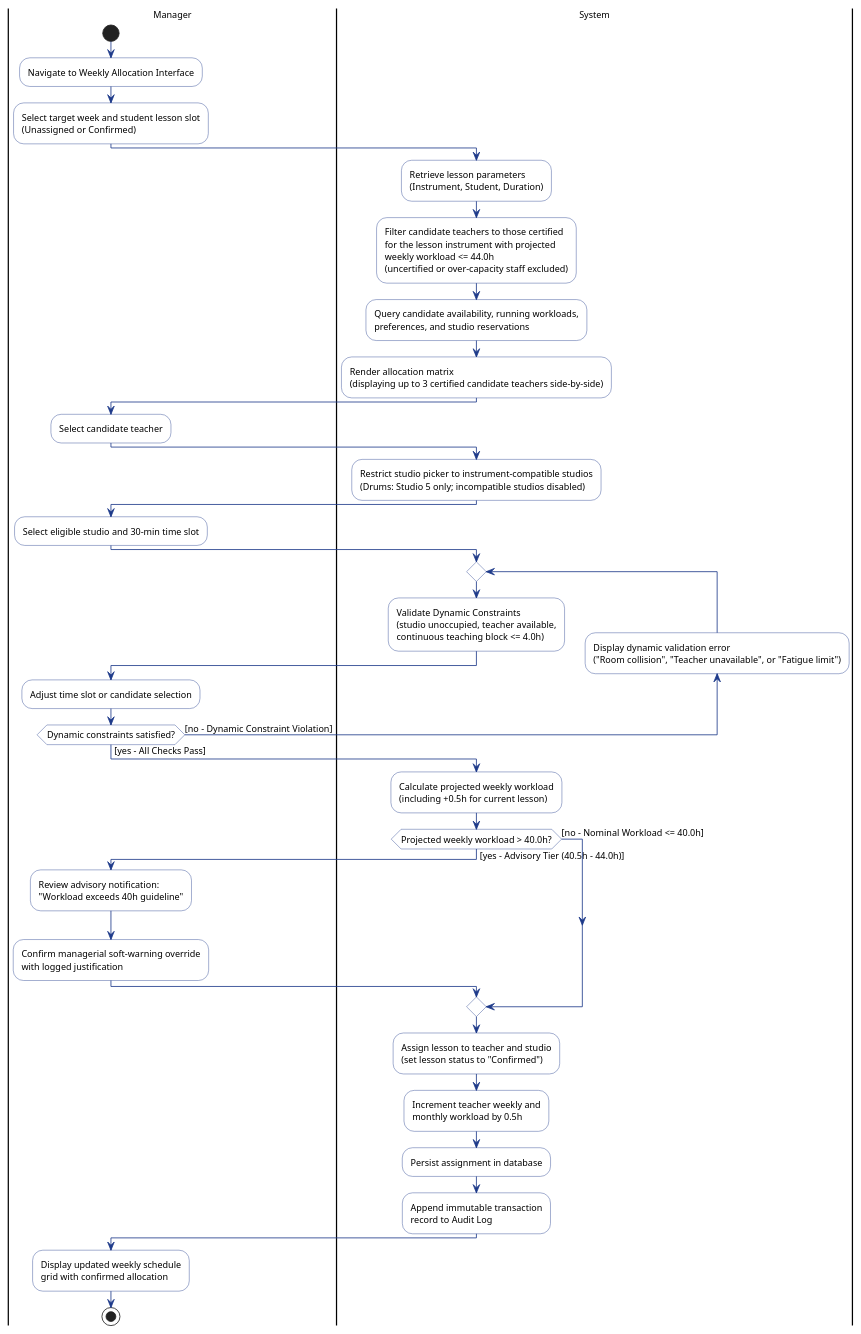
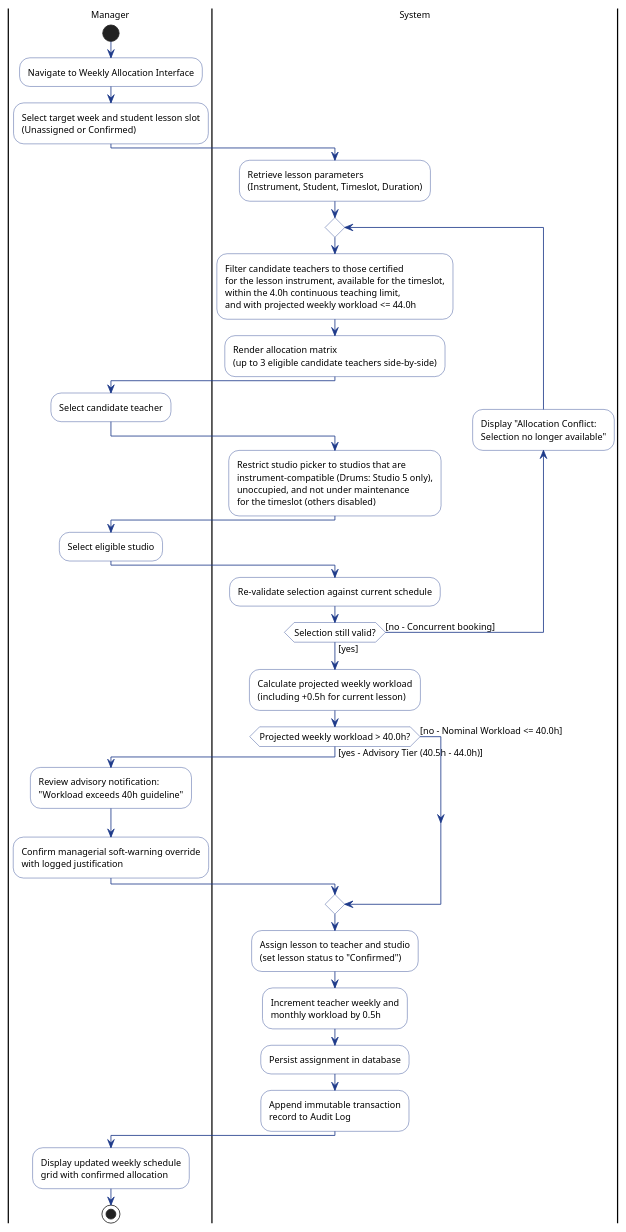
One commit to adoreblvnk/2001temp changed the diagram in report/assets/activity_allocation.puml. Above: the diagram before and after it, drawn with PlantUML. The commit also changed 3 other files, not shown here.

First line of the commit message:
fix(uc-02): move availability, fatigue and studio checks into upfront filtering

```diff
--- a/report/assets/activity_allocation.puml
+++ b/report/assets/activity_allocation.puml
@@ -1,80 +1,77 @@
 @startuml activity_allocation
 skinparam defaultFontName "Helvetica", "Arial", sans-serif
 skinparam defaultFontSize 11
 skinparam ranksep 40
 skinparam nodesep 30
 skinparam activity {
     BackgroundColor #FFFFFF
     BorderColor #1E3A8A
     ArrowColor #1E3A8A
     DiamondBorderColor #1E3A8A
     DiamondBackgroundColor #FFFFFF
 }
 
 |Manager|
 start
 :Navigate to Weekly Allocation Interface;
 :Select target week and student lesson slot
 (Unassigned or Confirmed);
 
 |System|
 :Retrieve lesson parameters
-(Instrument, Student, Duration);
+(Instrument, Student, Timeslot, Duration);
 
-:Filter candidate teachers to those certified
-for the lesson instrument with projected
-weekly workload <= 44.0h
-(uncertified or over-capacity staff excluded);
-:Query candidate availability, running workloads,
-preferences, and studio reservations;
-:Render allocation matrix
-(displaying up to 3 certified candidate teachers side-by-side);
+repeat
+    |System|
+    :Filter candidate teachers to those certified
+    for the lesson instrument, available for the timeslot,
+    within the 4.0h continuous teaching limit,
+    and with projected weekly workload <= 44.0h;
+    :Render allocation matrix
+    (up to 3 eligible candidate teachers side-by-side);
 
-|Manager|
-:Select candidate teacher;
+    |Manager|
+    :Select candidate teacher;
 
-|System|
-:Restrict studio picker to instrument-compatible studios
-(Drums: Studio 5 only; incompatible studios disabled);
+    |System|
+    :Restrict studio picker to studios that are
+    instrument-compatible (Drums: Studio 5 only),
+    unoccupied, and not under maintenance
+    for the timeslot (others disabled);
 
-|Manager|
-:Select eligible studio and 30-min time slot;
+    |Manager|
+    :Select eligible studio;
 
-|System|
-repeat
-    :Validate Dynamic Constraints
-    (studio unoccupied, teacher available,
-    continuous teaching block <= 4.0h);
-    backward:Display dynamic validation error
-    ("Room collision", "Teacher unavailable", or "Fatigue limit");
-    |Manager|
-    :Adjust time slot or candidate selection;
-repeat while (Dynamic constraints satisfied?) is ([no - Dynamic Constraint Violation]) not ([yes - All Checks Pass])
+    |System|
+    :Re-validate selection against current schedule;
+    backward:Display "Allocation Conflict:
+    Selection no longer available";
+repeat while (Selection still valid?) is ([no - Concurrent booking]) not ([yes])
 
 |System|
 :Calculate projected weekly workload
 (including +0.5h for current lesson);
 
 if (Projected weekly workload > 40.0h?) then ([yes - Advisory Tier (40.5h - 44.0h)])
     |Manager|
     :Review advisory notification:
     "Workload exceeds 40h guideline";
     :Confirm managerial soft-warning override
     with logged justification;
 else ([no - Nominal Workload <= 40.0h])
 endif
 
 |System|
 :Assign lesson to teacher and studio
 (set lesson status to "Confirmed");
 :Increment teacher weekly and
 monthly workload by 0.5h;
 :Persist assignment in database;
 :Append immutable transaction
 record to Audit Log;
 
 |Manager|
 :Display updated weekly schedule
 grid with confirmed allocation;
 stop
 @enduml
```
